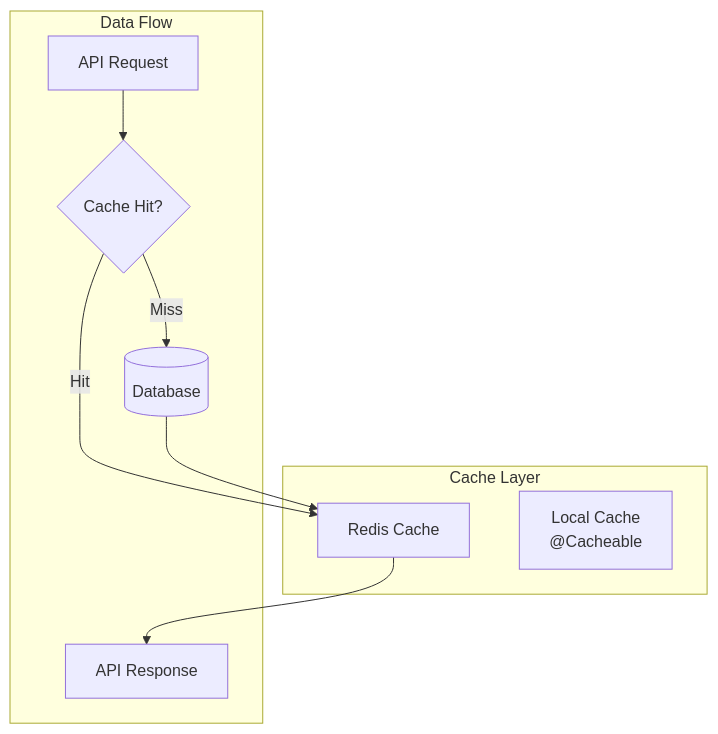
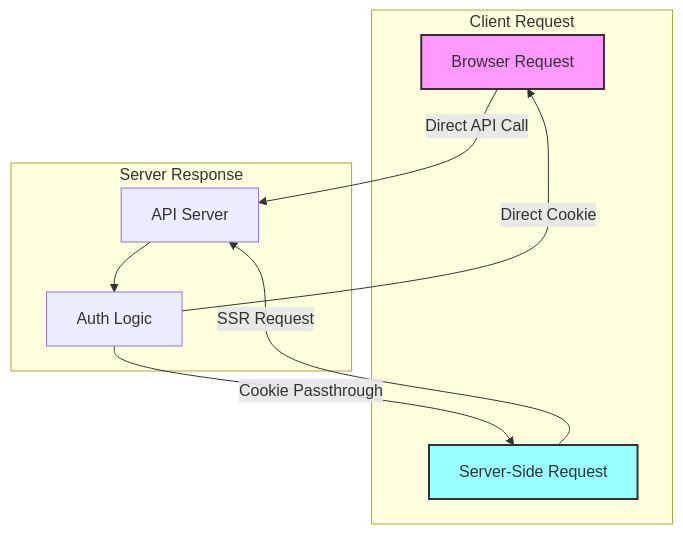
Before and after one commit to XIYO/ttodo-api: the fifth of 5 diagrams in PORTFOLIO.md, drawn with Mermaid. The commit also changed other lines of this file and 32 other files, not shown here.

````diff
--- a/PORTFOLIO.md
+++ b/PORTFOLIO.md
@@ -410,20 +206,22 @@
 ```mermaid
-graph TB
-    subgraph "Cache Layer"
-        REDIS_CACHE[Redis Cache]
-        LOCAL_CACHE[Local Cache<br/>@Cacheable]
+graph TD
+    subgraph "Client Request"
+        BR[Browser Request]
+        SSR[Server-Side Request]
     end
     
-    subgraph "Data Flow"
-        REQUEST[API Request]
-        CACHE_CHECK{Cache Hit?}
-        DATABASE[(Database)]
-        RESPONSE[API Response]
+    subgraph "Server Response"
+        API[API Server]
+        AUTH[Auth Logic]
     end
     
-    REQUEST --> CACHE_CHECK
-    CACHE_CHECK -->|Hit| REDIS_CACHE
-    CACHE_CHECK -->|Miss| DATABASE
-    DATABASE --> REDIS_CACHE
-    REDIS_CACHE --> RESPONSE
+    BR -->|Direct API Call| API
+    SSR -->|SSR Request| API
+    
+    API --> AUTH
+    AUTH -->|Cookie Passthrough| SSR
+    AUTH -->|Direct Cookie| BR
+    
+    style BR fill:#f9f,stroke:#333,stroke-width:2px
+    style SSR fill:#9ff,stroke:#333,stroke-width:2px
 ```
````
